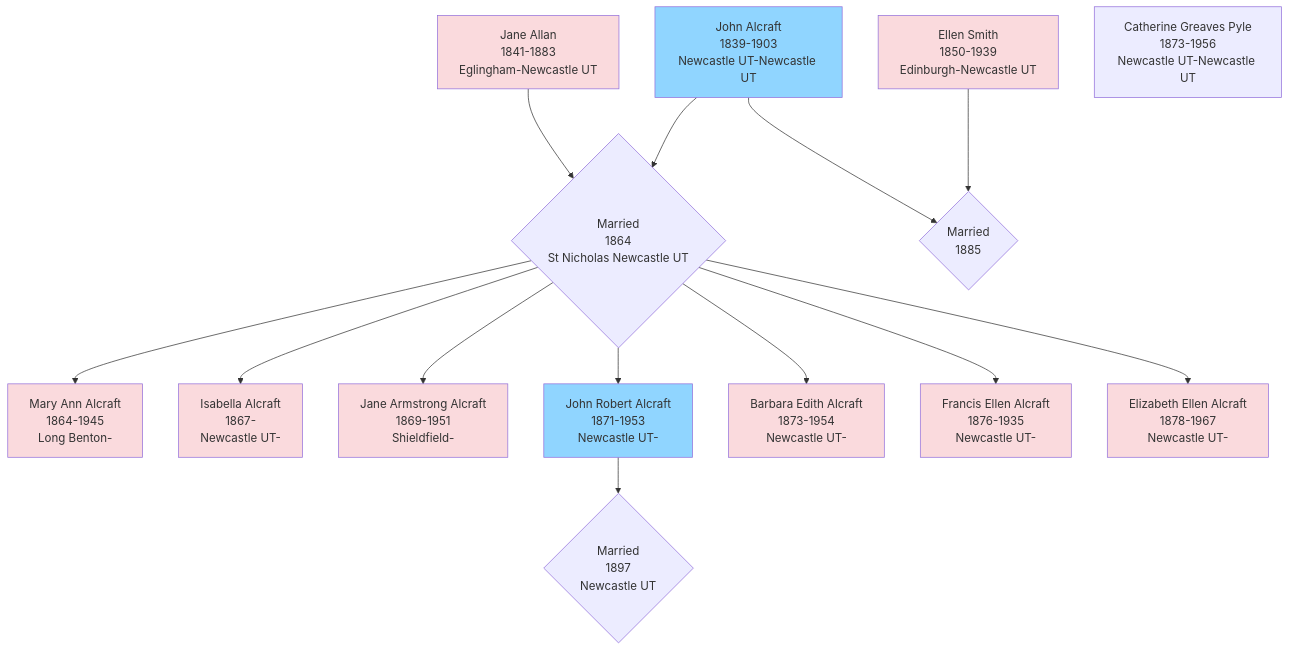
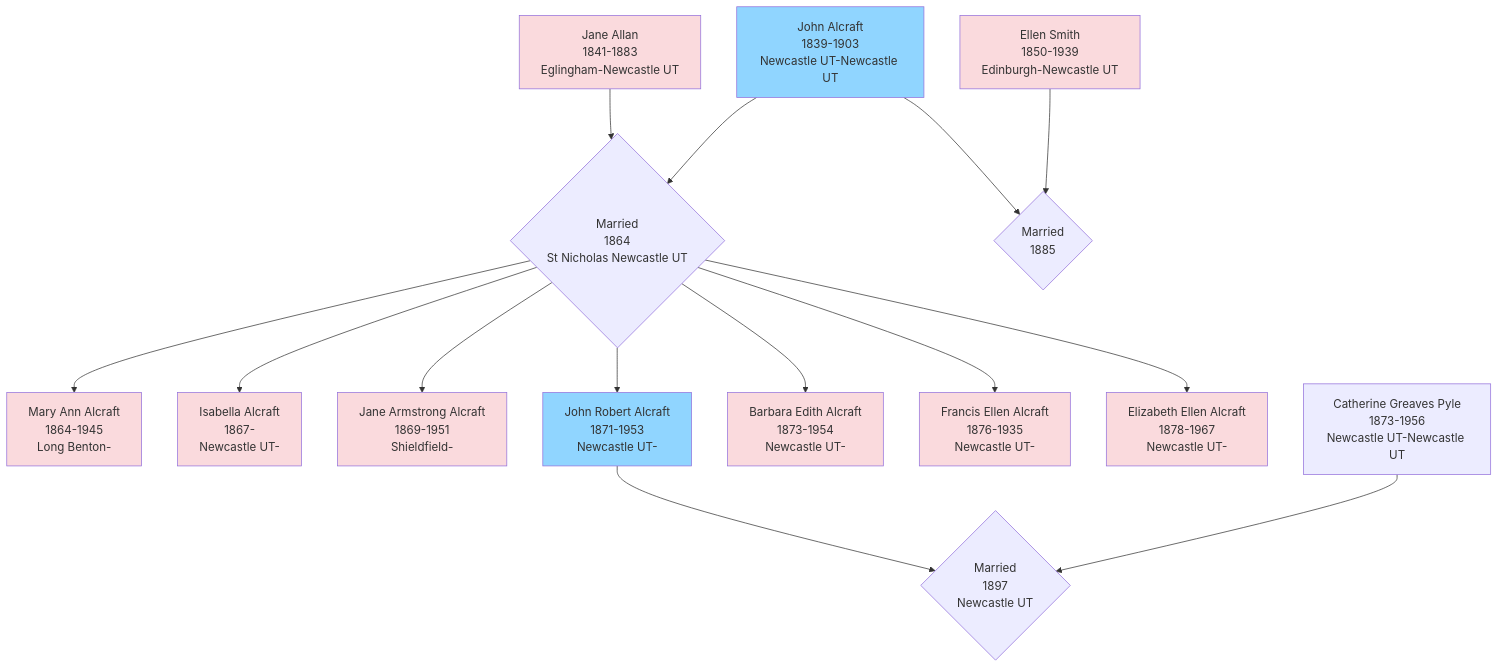
Before and after one commit to RachelAlcraft/family-tree: the diagram in docs/index.md, drawn with Mermaid.

````diff
--- a/docs/index.md
+++ b/docs/index.md
@@ -6,33 +6,34 @@
 ``` mermaid
 flowchart TD  
 JA1[John Alcraft\n1839-1903\nNewcastle UT-Newcastle UT] --> JAJA{Married\n1864\nSt Nicholas Newcastle UT};
 JA2[Jane Allan\n1841-1883\nEglingham-Newcastle UT] --> JAJA;
 ES[Ellen Smith\n1850-1939\nEdinburgh-Newcastle UT] --> JAES{Married\n1885};
 JA1 --> JAES
 JAJA -->MAA[Mary Ann Alcraft\n1864-1945\nLong Benton-];
 JAJA -->IA[Isabella Alcraft\n1867-\nNewcastle UT-];
 JAJA -->JAA[Jane Armstrong Alcraft\n1869-1951\nShieldfield-];
 JAJA -->JRA[John Robert Alcraft\n1871-1953\nNewcastle UT-];
 JAJA -->BEA[Barbara Edith Alcraft\n1873-1954\nNewcastle UT-];
 JAJA -->FEA[Francis Ellen Alcraft\n1876-1935\nNewcastle UT-];
 JAJA -->EEA[Elizabeth Ellen Alcraft\n1878-1967\nNewcastle UT-];
 JRA --> JRACGP{Married\n1897\nNewcastle UT};
 CGP[Catherine Greaves Pyle\n1873-1956\nNewcastle UT-Newcastle UT];
+CGP --> JRACGP;
 
 style JA1 fill:#90d5ff
 click JA1 "jones" "JA1"
 style JRA fill:#90d5ff
 
 style JA2 fill:#FADADD
 click JA2 "jones" "JA2"
 style ES fill:#FADADD
 style MAA fill:#FADADD
 style IA fill:#FADADD
 style JAA fill:#FADADD
 style BEA fill:#FADADD
 style FEA fill:#FADADD
 style EEA fill:#FADADD
 
 
 
 ```
````
